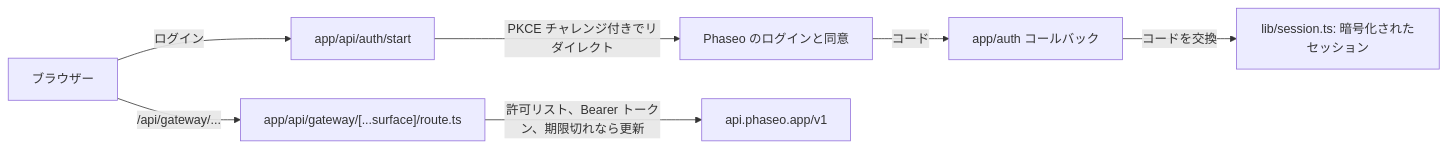
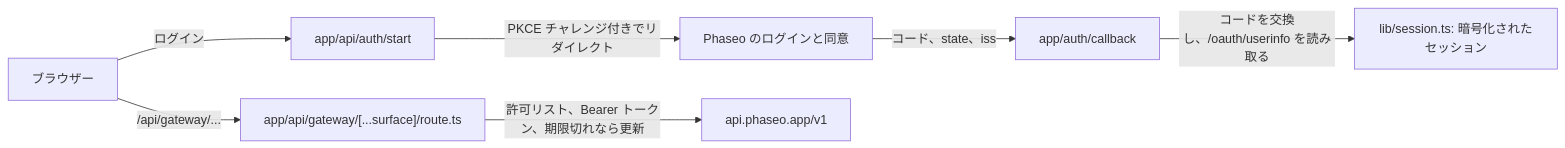
One commit to phaseoteam/Phaseo changed the diagram in apps/docs/ja/v1/cookbook/build-an-oauth-nextjs-workbench.mdx. Above: the diagram before and after it, drawn with Mermaid. The commit also changed other lines of this file and 9 other files, not shown here.

````diff
--- a/apps/docs/ja/v1/cookbook/build-an-oauth-nextjs-workbench.mdx
+++ b/apps/docs/ja/v1/cookbook/build-an-oauth-nextjs-workbench.mdx
@@ -45,9 +45,9 @@
 ```mermaid
 flowchart LR
   browser["ブラウザー"] -->|"ログイン"| start["app/api/auth/start"]
   start -->|"PKCE チャレンジ付きでリダイレクト"| authz["Phaseo のログインと同意"]
-  authz -->|"コード"| cb["app/auth コールバック"]
-  cb -->|"コードを交換"| sess["lib/session.ts: 暗号化されたセッション"]
+  authz -->|"コード、state、iss"| cb["app/auth/callback"]
+  cb -->|"コードを交換し、/oauth/userinfo を読み取る"| sess["lib/session.ts: 暗号化されたセッション"]
   browser -->|"/api/gateway/..."| proxy["app/api/gateway/[...surface]/route.ts"]
   proxy -->|"許可リスト、Bearer トークン、期限切れなら更新"| gw["api.phaseo.app/v1"]
 ```
````
